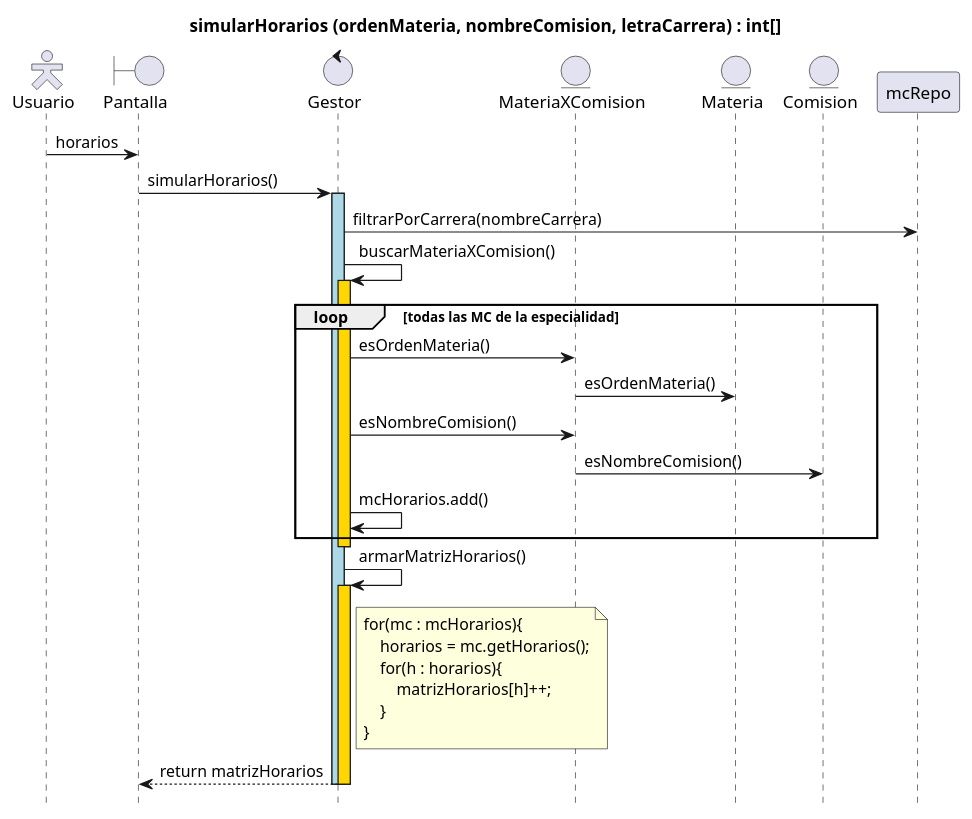
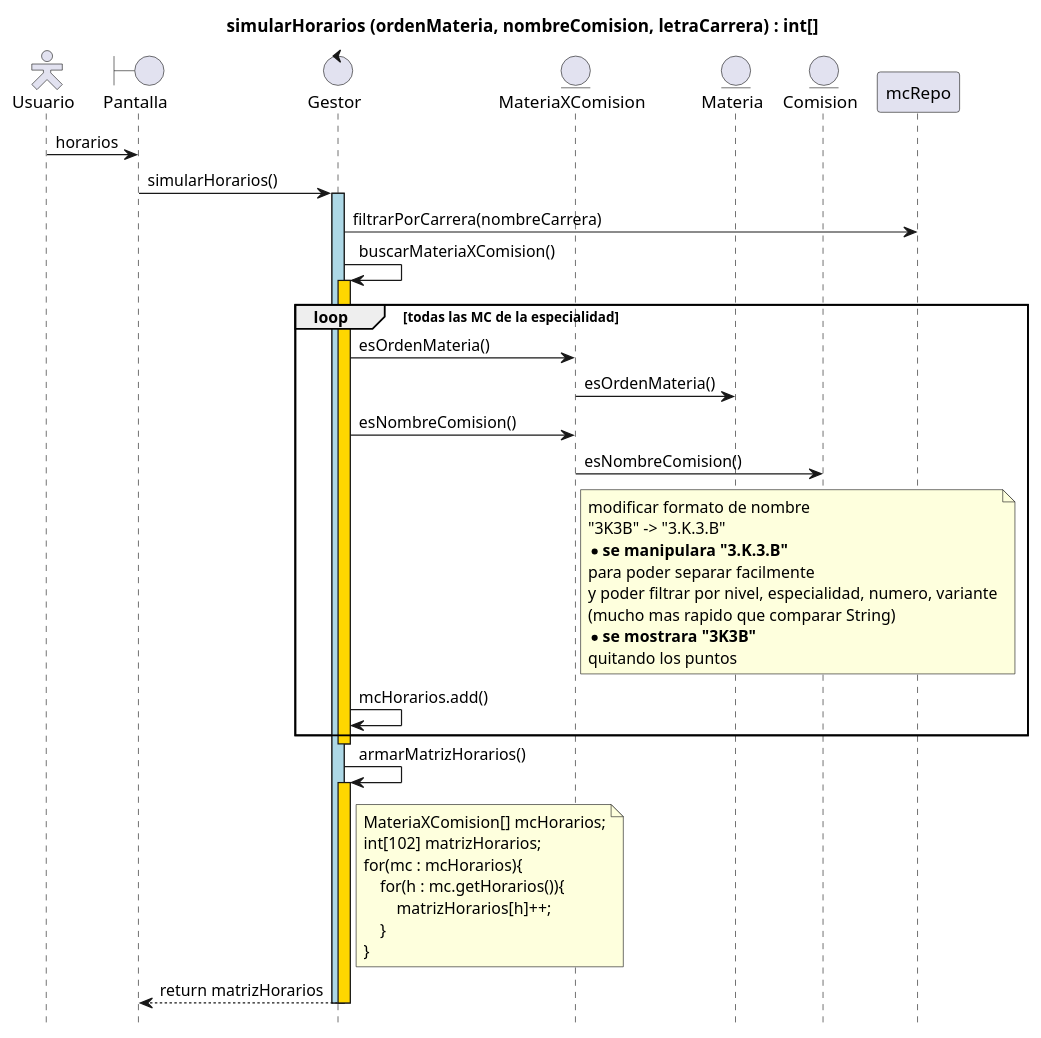
Before and after one commit to EmilianoM7/UTN_EZ: the diagram in Doc/UTNEZ_Secuencia-simularHorarios.puml, drawn with PlantUML. The commit also changed 61 other files, not shown here.

```diff
--- a/Doc/UTNEZ_Secuencia-simularHorarios.puml
+++ b/Doc/UTNEZ_Secuencia-simularHorarios.puml
@@ -1,55 +1,66 @@
 @startuml
 
 ' --- SKIN ---
 
 skinparam actorStyle Hollow
 hide footbox
 
 ' --- DIAGRAMA ---
 
 title "simularHorarios (ordenMateria, nombreComision, letraCarrera) : int[]"
 
 actor Usuario as U
 boundary Pantalla as P
 control Gestor as G
 entity MateriaXComision as MC
 entity Materia as M
 entity Comision as C
 participant mcRepo as DB
 
 U -> P : horarios
 P -> G : simularHorarios()
 
 activate G #lightblue
 
 G -> DB : filtrarPorCarrera(nombreCarrera)
 
 G -> G : buscarMateriaXComision()
 activate G #gold
 loop todas las MC de la especialidad
     G -> MC : esOrdenMateria()
     MC -> M : esOrdenMateria()
     G -> MC : esNombreComision()
     MC -> C : esNombreComision()
+    note right MC
+        modificar formato de nombre
+        "3K3B" -> "3.K.3.B"
+        * <b>se manipulara "3.K.3.B"
+        para poder separar facilmente
+        y poder filtrar por nivel, especialidad, numero, variante
+        (mucho mas rapido que comparar String)
+        * <b>se mostrara "3K3B"
+        quitando los puntos
+    end note
     G -> G : mcHorarios.add()
 end
 deactivate G
 
 G -> G : armarMatrizHorarios()
 note right G
+    MateriaXComision[] mcHorarios;
+    int[102] matrizHorarios;
     for(mc : mcHorarios){
-        horarios = mc.getHorarios();
-        for(h : horarios){
+        for(h : mc.getHorarios()){
             matrizHorarios[h]++;
         }
     }
 end note
 
 activate G #gold
 G --> P : return matrizHorarios
 deactivate G
 
 
 deactivate G
 
 @enduml
```
